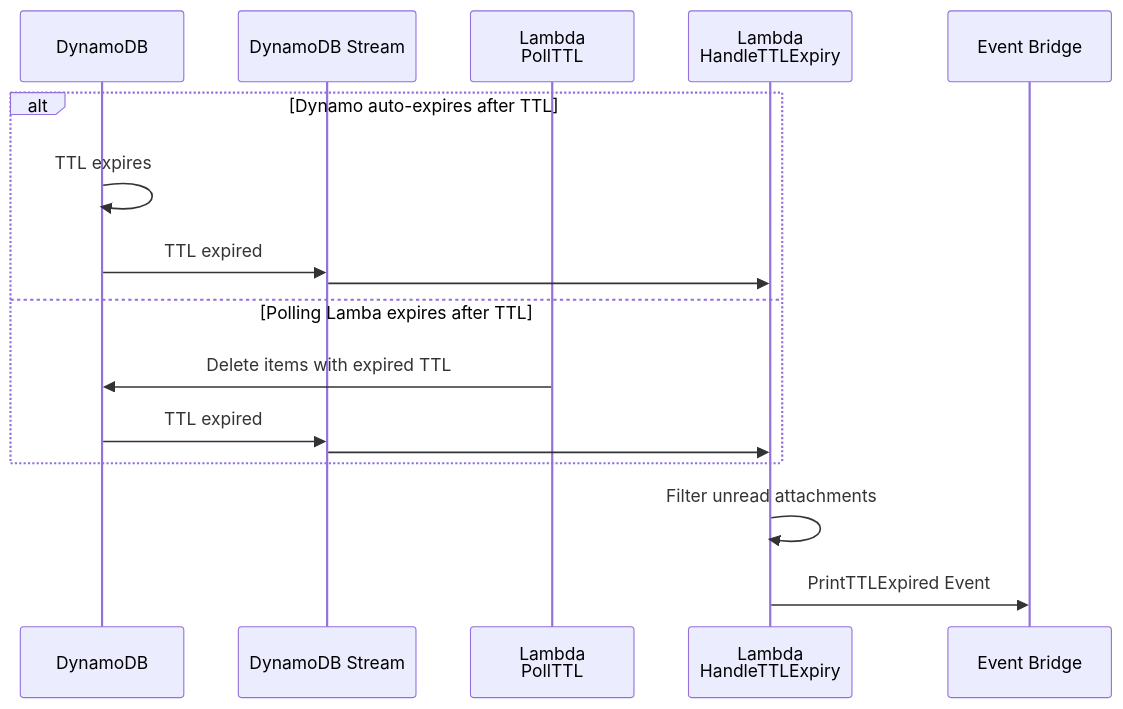
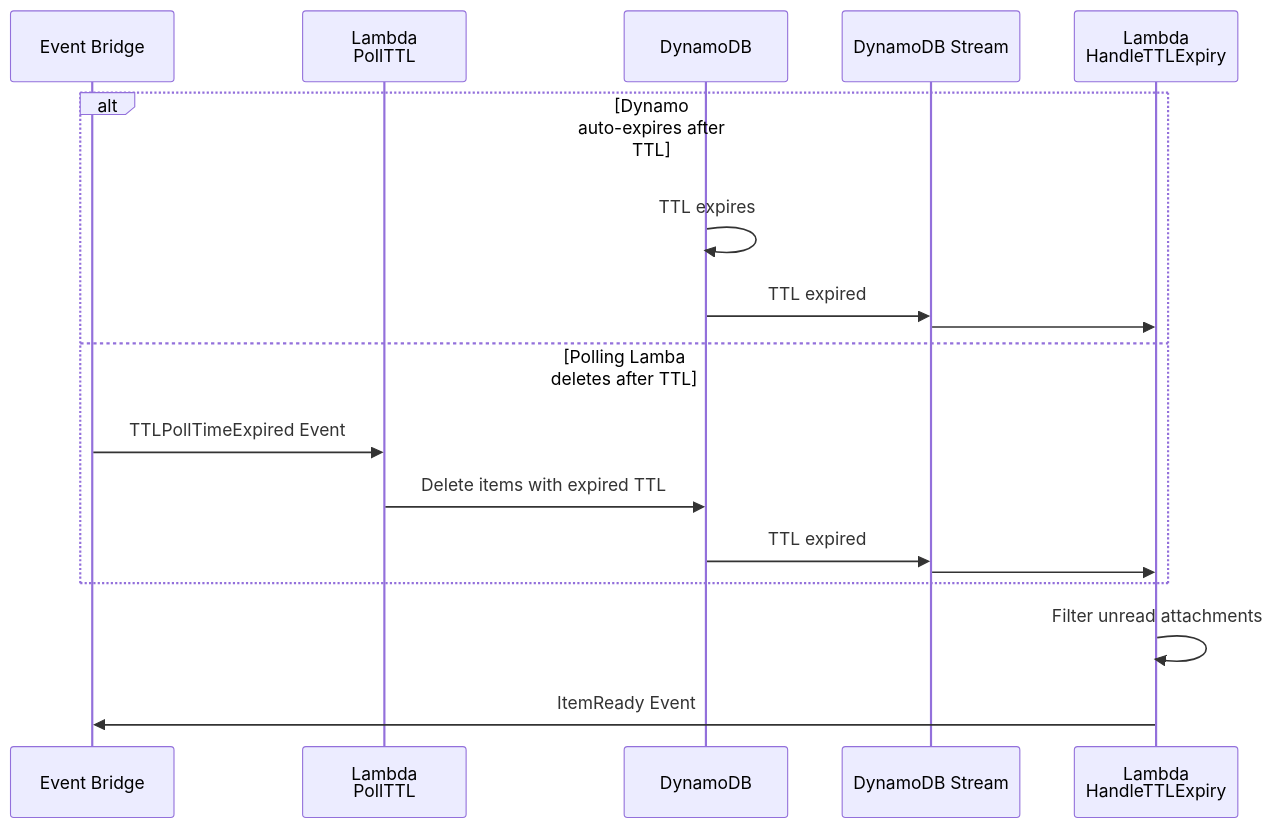
Before and after one commit to NHSDigital/nhs-notify-digital-letters: the diagram in docs/collections/_diagrams/sequence-expire-print-ttl.md, drawn with Mermaid. The commit also changed other lines of this file and 19 other files, not shown here.

Commit message:
CCM-12274: Added sequence diagrams to main pages. Added c4code diagram for sending to print

````diff
--- a/docs/collections/_diagrams/sequence-expire-print-ttl.md
+++ b/docs/collections/_diagrams/sequence-expire-print-ttl.md
@@ -14,20 +7,21 @@
 ```mermaid
 sequenceDiagram
+  participant eb as Event Bridge
+  participant expireTTL as Lambda<br/>PollTTL
   participant dynamo as DynamoDB
   participant stream as DynamoDB Stream
-  participant expireTTL as Lambda<br/>PollTTL
   participant processTTLExpiry as Lambda<br/>HandleTTLExpiry
-  participant eb as Event Bridge
 
   alt Dynamo auto-expires after TTL
     dynamo ->> dynamo: TTL expires
     dynamo ->> stream: TTL expired
     stream ->> processTTLExpiry:
-  else Polling Lamba expires after TTL
+  else Polling Lamba deletes after TTL
+    eb ->> expireTTL: TTLPollTimeExpired Event
     expireTTL ->> dynamo: Delete items with expired TTL
     dynamo ->> stream: TTL expired
     stream ->> processTTLExpiry:
   end
   processTTLExpiry ->> processTTLExpiry: Filter unread attachments
-  processTTLExpiry ->> eb: PrintTTLExpired Event
+  processTTLExpiry ->> eb: ItemReady Event
 ```
````
